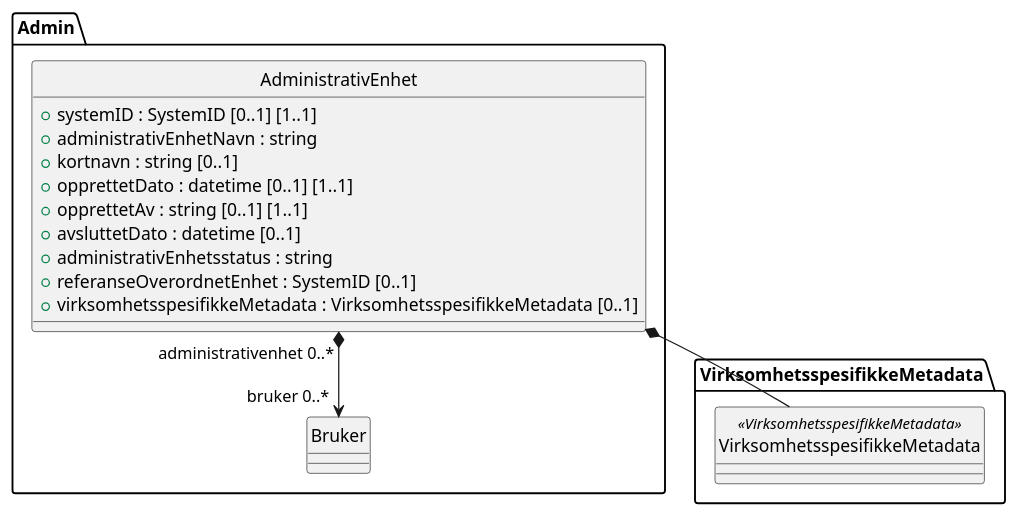
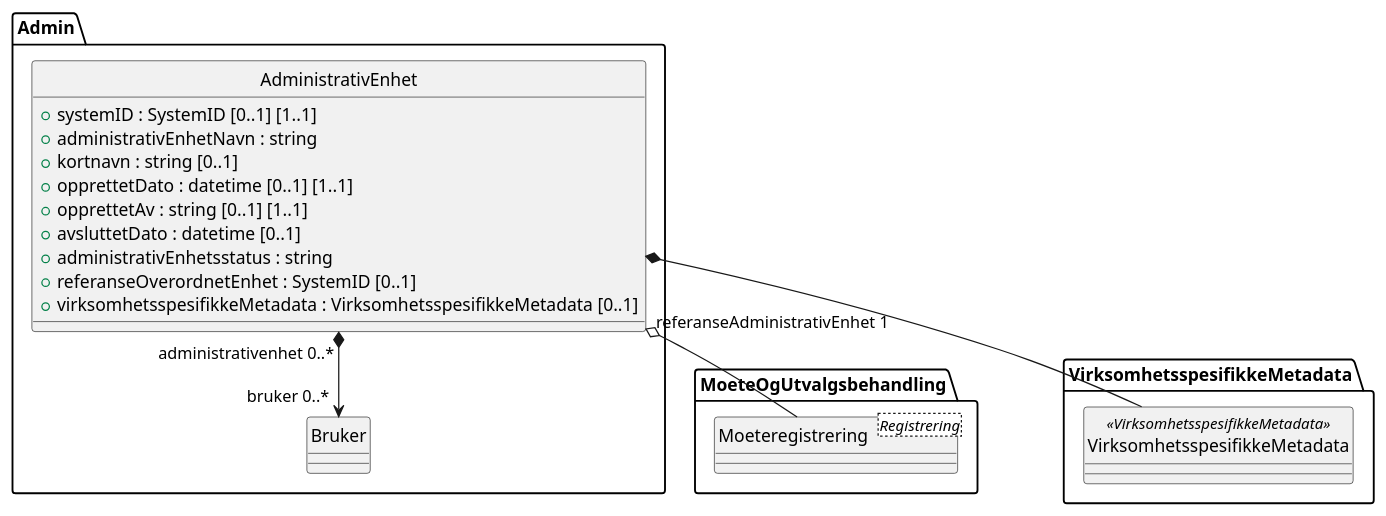
The diagram in kapitler/media/uml-class-administrativenhet.puml (arkivverket/noark5-tjenestegrensesnitt-standard), drawn with PlantUML before and after one commit. The commit also changed 21 other files, not shown here.

```diff
--- a/kapitler/media/uml-class-administrativenhet.puml
+++ b/kapitler/media/uml-class-administrativenhet.puml
@@ -1,21 +1,24 @@
 @startuml
 skinparam nodesep 100
 hide circle
 class Admin.AdministrativEnhet {
   +systemID : SystemID [0..1] [1..1]
   +administrativEnhetNavn : string
   +kortnavn : string [0..1]
   +opprettetDato : datetime [0..1] [1..1]
   +opprettetAv : string [0..1] [1..1]
   +avsluttetDato : datetime [0..1]
   +administrativEnhetsstatus : string
   +referanseOverordnetEnhet : SystemID [0..1]
   +virksomhetsspesifikkeMetadata : VirksomhetsspesifikkeMetadata [0..1]
 }
 class Admin.Bruker {
 }
 Admin.AdministrativEnhet "administrativenhet 0..*" *--> "bruker 0..*" Admin.Bruker
+class MoeteOgUtvalgsbehandling.Moeteregistrering <Registrering> {
+}
+Admin.AdministrativEnhet "referanseAdministrativEnhet 1" o-- MoeteOgUtvalgsbehandling.Moeteregistrering
 class VirksomhetsspesifikkeMetadata.VirksomhetsspesifikkeMetadata <<VirksomhetsspesifikkeMetadata>> {
 }
 Admin.AdministrativEnhet *-- VirksomhetsspesifikkeMetadata.VirksomhetsspesifikkeMetadata
 @enduml
```
